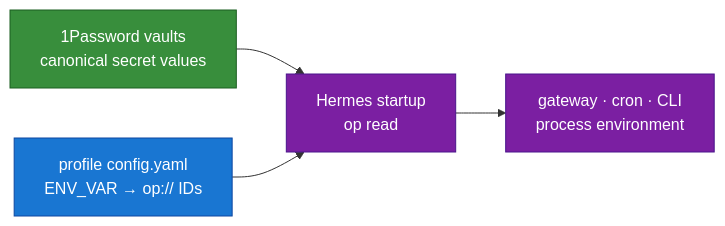
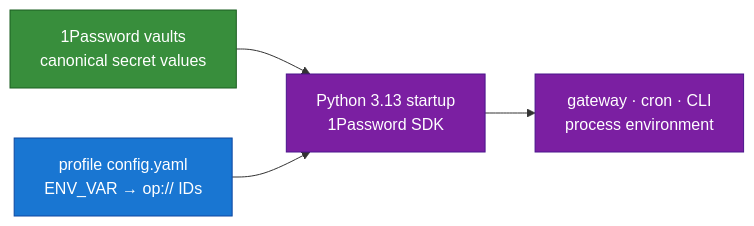
Before and after one commit to mpolatcan/hermes-setup: the diagram in docs/15-credential-management.md, drawn with Mermaid. The commit also changed other lines of this file and 6 other files, not shown here.

Commit message:
Add SDK bootstrap for Hermes gateways

````diff
--- a/docs/15-credential-management.md
+++ b/docs/15-credential-management.md
@@ -13,13 +13,13 @@
 ```mermaid
 flowchart LR
     OP["1Password vaults<br/>canonical secret values"]:::secure
     REF["profile config.yaml<br/>ENV_VAR → op:// IDs"]:::config
-    H["Hermes startup<br/>op read"]:::runtime
+    H["Python 3.13 startup<br/>1Password SDK"]:::runtime
     P["gateway · cron · CLI<br/>process environment"]:::runtime
     OP --> H
     REF --> H
     H --> P
     classDef secure fill:#388E3C,stroke:#1B5E20,color:#fff
     classDef config fill:#1976D2,stroke:#0D47A1,color:#fff
     classDef runtime fill:#7B1FA2,stroke:#4A148C,color:#fff
 ```
````
